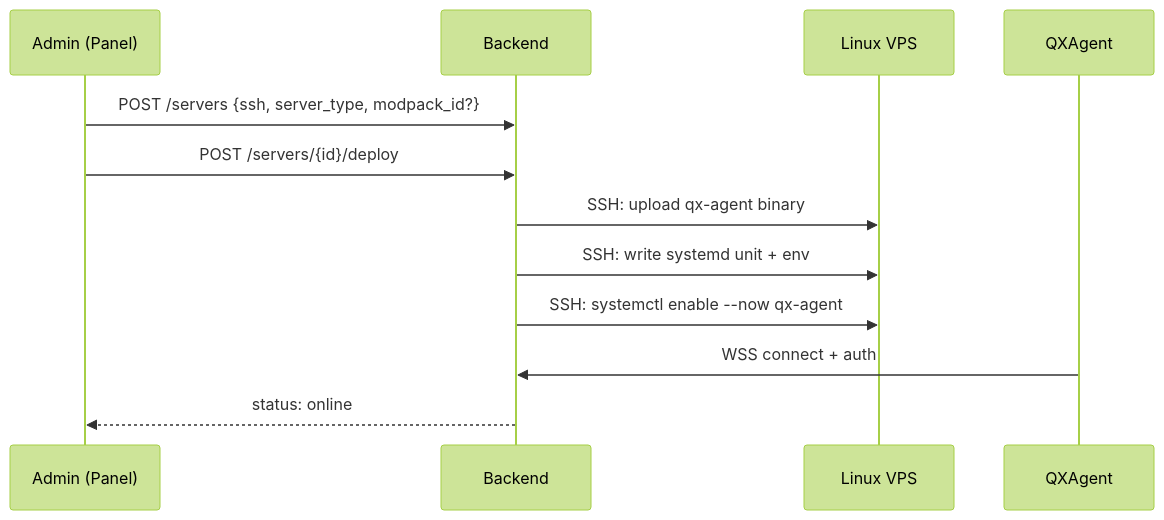
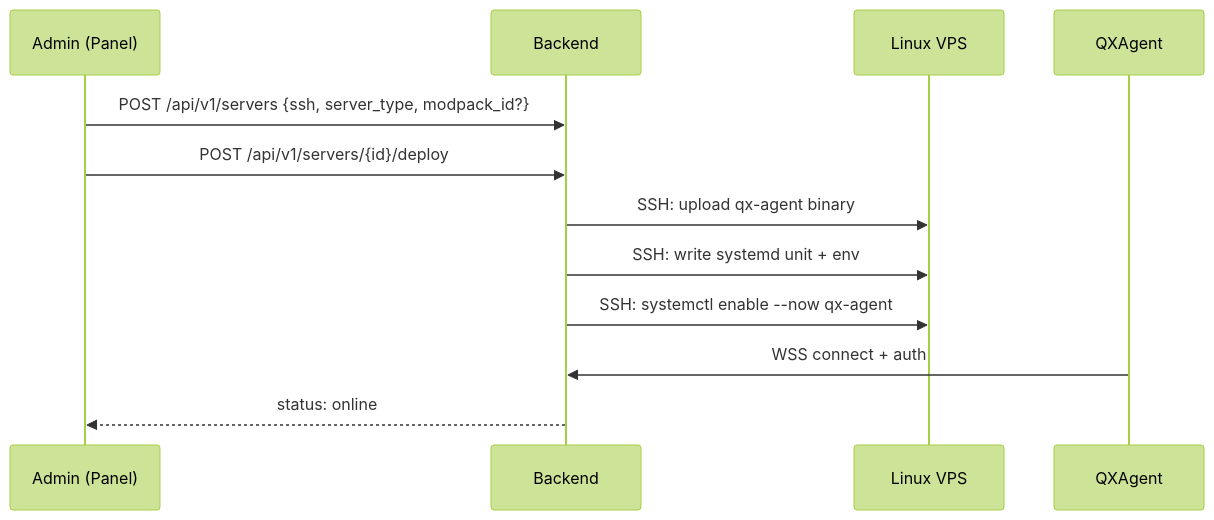
Before and after one commit to mindevis/qx-project: the first of 2 diagrams in docs/agent-protocol.md, drawn with Mermaid (forest theme). The commit also changed other lines of this file and 129 other files, not shown here.

````diff
--- a/docs/agent-protocol.md
+++ b/docs/agent-protocol.md
@@ -29,15 +30,15 @@
 ```mermaid
 sequenceDiagram
     participant U as Admin (Panel)
     participant API as Backend
     participant VPS as Linux VPS
     participant A as QXAgent
 
-    U->>API: POST /servers {ssh, server_type, modpack_id?}
-    U->>API: POST /servers/{id}/deploy
+    U->>API: POST /api/v1/servers {ssh, server_type, modpack_id?}
+    U->>API: POST /api/v1/servers/{id}/deploy
     API->>VPS: SSH: upload qx-agent binary
     API->>VPS: SSH: write systemd unit + env
     API->>VPS: SSH: systemctl enable --now qx-agent
     A->>API: WSS connect + auth
     API-->>U: status: online
 ```
````
